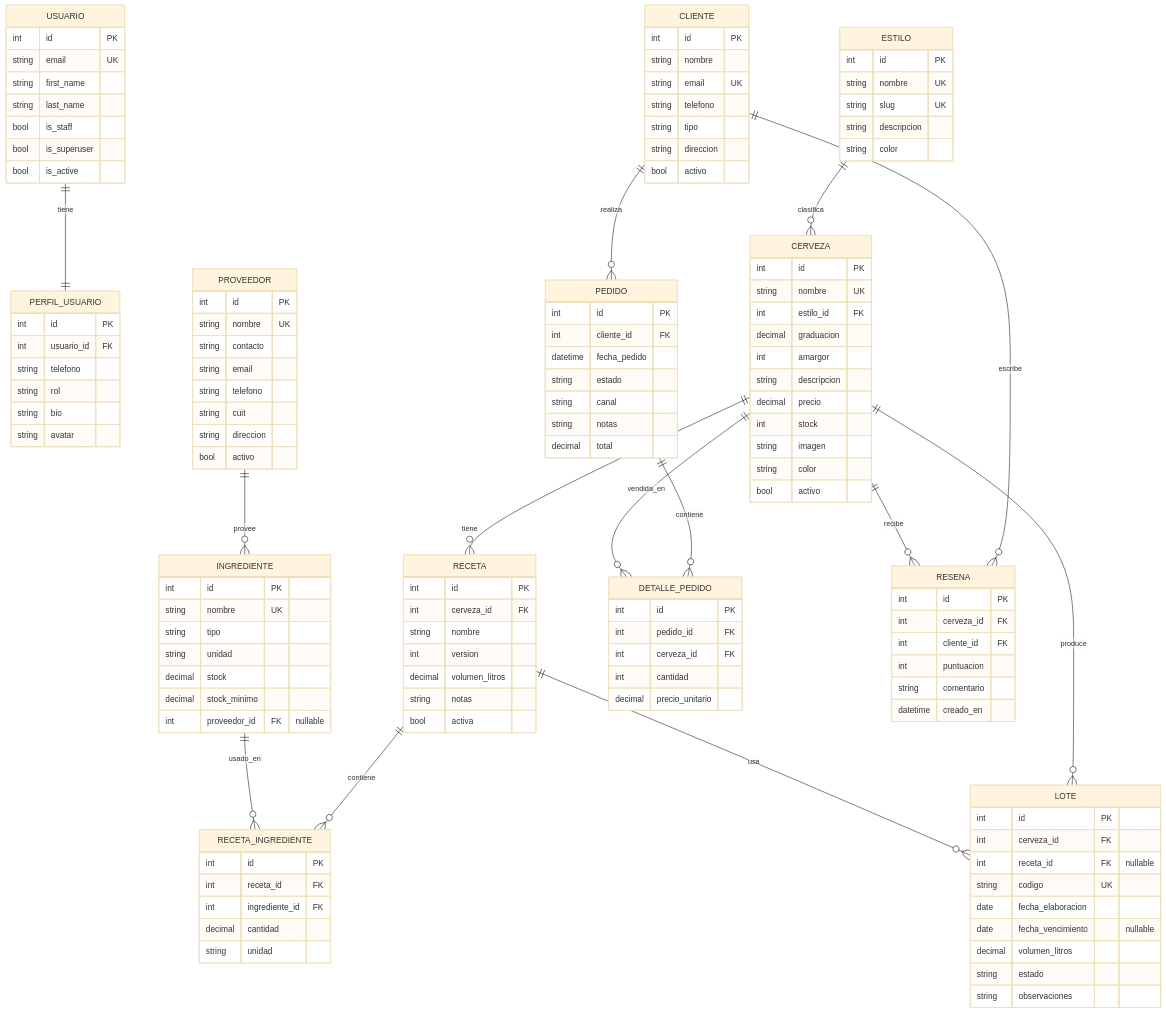
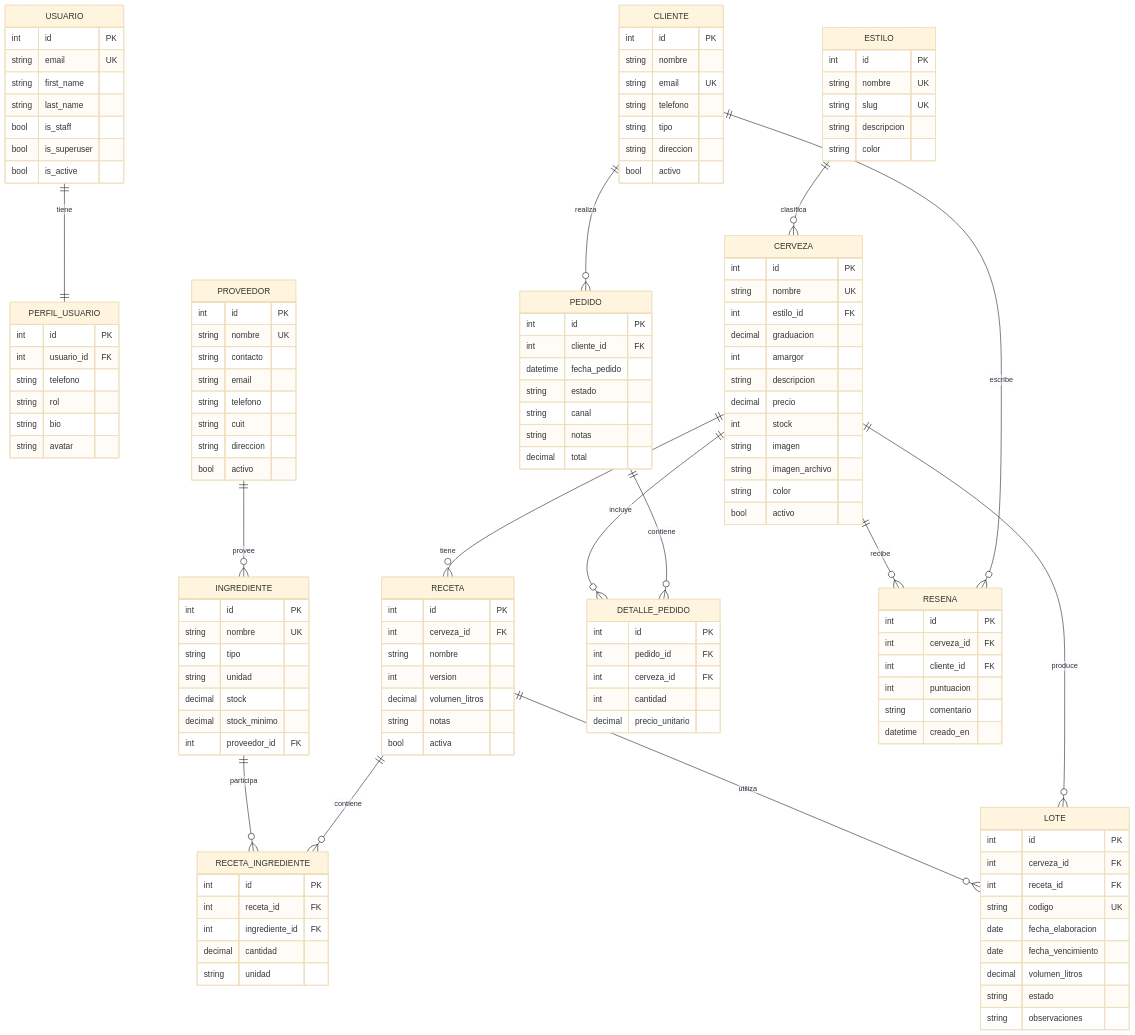
The diagram in README.md (Emancc/Cerveceria_Flacheros_Back_Django), drawn with Mermaid (base theme) before and after one commit. The commit also changed other lines of this file, not shown here.

````diff
--- a/README.md
+++ b/README.md
@@ -62,5 +65,19 @@
 ```mermaid
 erDiagram
+    USUARIO ||--|| PERFIL_USUARIO : tiene
+    ESTILO ||--o{ CERVEZA : clasifica
+    CERVEZA ||--o{ RECETA : tiene
+    RECETA ||--o{ RECETA_INGREDIENTE : contiene
+    INGREDIENTE ||--o{ RECETA_INGREDIENTE : participa
+    CERVEZA ||--o{ LOTE : produce
+    RECETA ||--o{ LOTE : utiliza
+    PROVEEDOR ||--o{ INGREDIENTE : provee
+    CLIENTE ||--o{ PEDIDO : realiza
+    PEDIDO ||--o{ DETALLE_PEDIDO : contiene
+    CERVEZA ||--o{ DETALLE_PEDIDO : incluye
+    CLIENTE ||--o{ RESENA : escribe
+    CERVEZA ||--o{ RESENA : recibe
+
     USUARIO {
         int id PK
         string email UK
@@ -95,6 +112,7 @@
         decimal precio
         int stock
         string imagen
+        string imagen_archivo
         string color
         bool activo
     }
@@ -115,7 +133,7 @@
         string unidad
         decimal stock
         decimal stock_minimo
-        int proveedor_id FK "nullable"
+        int proveedor_id FK
     }
     RECETA {
         int id PK
@@ -136,10 +154,10 @@
     LOTE {
         int id PK
         int cerveza_id FK
-        int receta_id FK "nullable"
+        int receta_id FK
         string codigo UK
         date fecha_elaboracion
-        date fecha_vencimiento "nullable"
+        date fecha_vencimiento
         decimal volumen_litros
         string estado
         string observaciones
@@ -177,18 +195,4 @@
         string comentario
         datetime creado_en
     }
-
-    USUARIO ||--|| PERFIL_USUARIO : "tiene"
-    ESTILO ||--o{ CERVEZA : "clasifica"
-    CERVEZA ||--o{ RECETA : "tiene"
-    RECETA ||--o{ RECETA_INGREDIENTE : "contiene"
-    INGREDIENTE ||--o{ RECETA_INGREDIENTE : "usado_en"
-    CERVEZA ||--o{ LOTE : "produce"
-    RECETA ||--o{ LOTE : "usa"
-    PROVEEDOR ||--o{ INGREDIENTE : "provee"
-    CLIENTE ||--o{ PEDIDO : "realiza"
-    PEDIDO ||--o{ DETALLE_PEDIDO : "contiene"
-    CERVEZA ||--o{ DETALLE_PEDIDO : "vendida_en"
-    CLIENTE ||--o{ RESENA : "escribe"
-    CERVEZA ||--o{ RESENA : "recibe"
 ```
````
